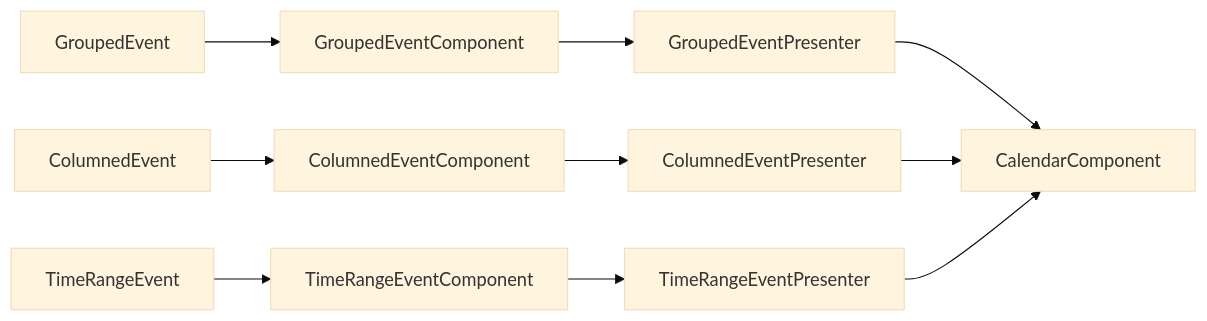
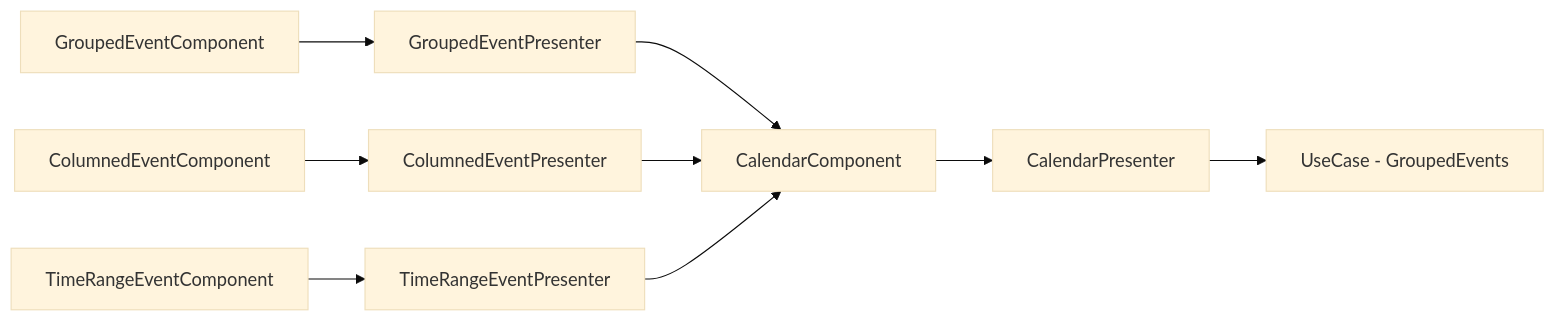
One commit to Zelcider/planity-test changed the first of 2 diagrams in README.md. Above: the diagram before and after it, drawn with Mermaid (base theme). The commit also changed other lines of this file and 29 other files, not shown here.

````diff
--- a/README.md
+++ b/README.md
@@ -20,12 +20,11 @@
 ```mermaid
 graph LR
-    A[GroupedEvent] --> B[GroupedEventComponent]
-    B --> C[GroupedEventPresenter]
-    D[ColumnedEvent] --> E[ColumnedEventComponent]
-    E --> F[ColumnedEventPresenter]
-    G[TimeRangeEvent] --> H[TimeRangeEventComponent]
-    H --> I[TimeRangeEventPresenter]
-    C --> J[CalendarComponent]
-    F --> J
-    I --> J
+    B[GroupedEventComponent] --> C[GroupedEventPresenter]
+    E[ColumnedEventComponent] --> F[ColumnedEventPresenter]
+    H[TimeRangeEventComponent] --> I[TimeRangeEventPresenter]
+    K --> J[CalendarPresenter]
+    C --> K[CalendarComponent]
+    F --> K
+    I --> K
+    J --> L[UseCase - GroupedEvents]
 ```
````
